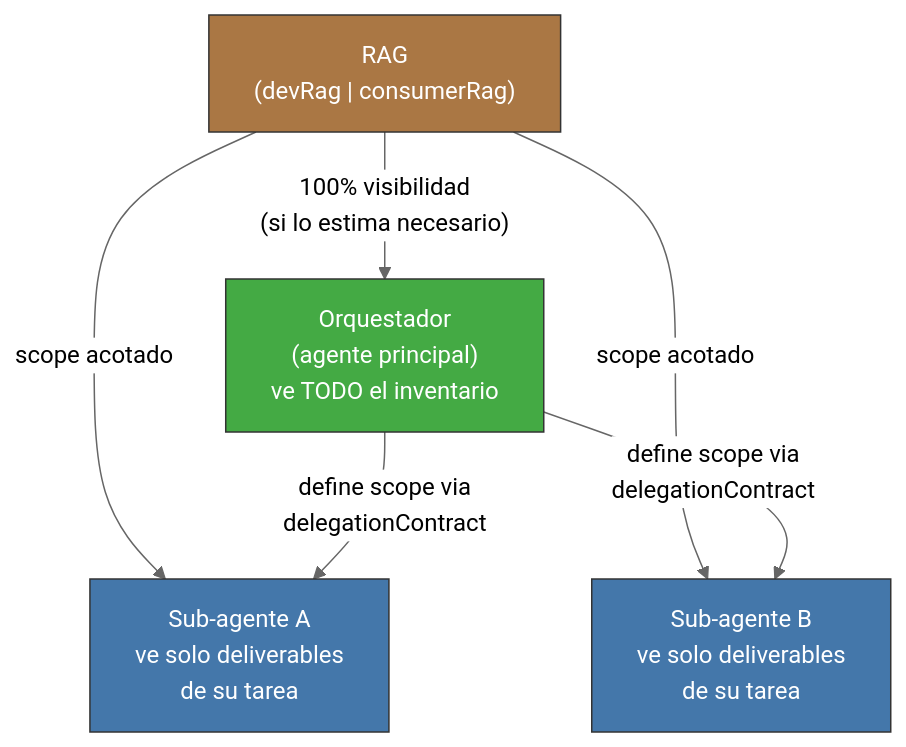
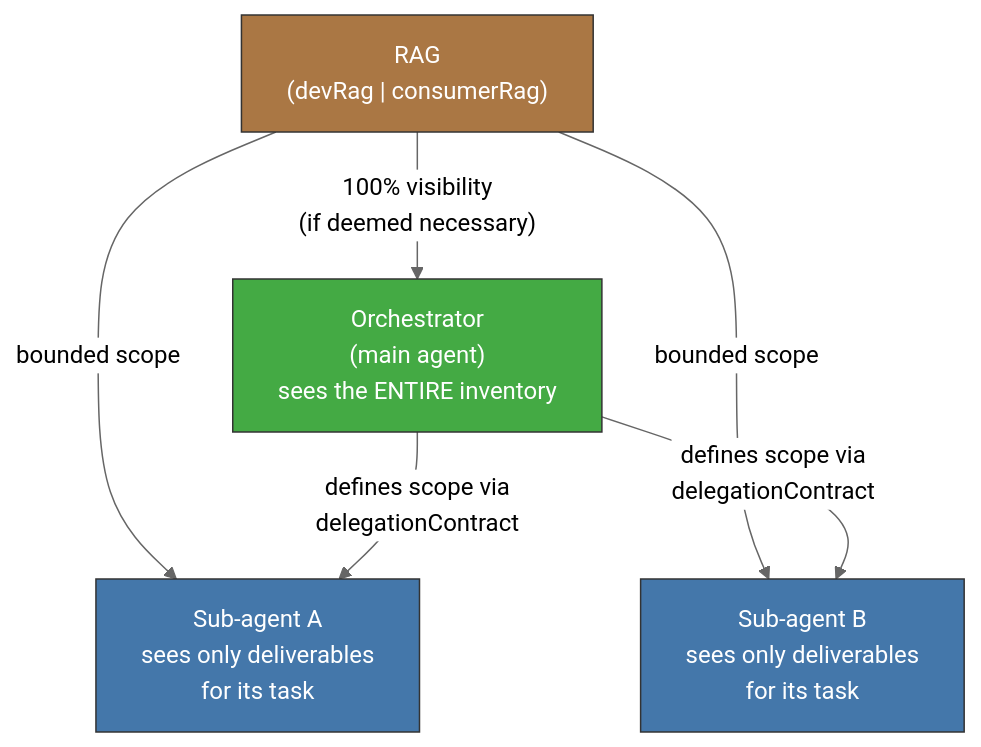
One commit to virgenherrera/virgil changed the first of 2 diagrams in principia/sections/25-visibility-memoization.md. Above: the diagram before and after it, drawn with Mermaid (neutral theme). The commit also changed other lines of this file and 42 other files, not shown here.

````diff
--- a/principia/sections/25-visibility-memoization.md
+++ b/principia/sections/25-visibility-memoization.md
@@ -32,16 +32,16 @@
 ```mermaid
 flowchart TD
     RAG["RAG\n(devRag | consumerRag)"]
 
-    RAG -->|"100% visibilidad\n(si lo estima necesario)"| ORCH["Orquestador\n(agente principal)\nve TODO el inventario"]
+    RAG -->|"100% visibility\n(if deemed necessary)"| ORCH["Orchestrator\n(main agent)\nsees the ENTIRE inventory"]
 
-    RAG -->|"scope acotado"| SUB1["Sub-agente A\nve solo deliverables\nde su tarea"]
-    RAG -->|"scope acotado"| SUB2["Sub-agente B\nve solo deliverables\nde su tarea"]
+    RAG -->|"bounded scope"| SUB1["Sub-agent A\nsees only deliverables\nfor its task"]
+    RAG -->|"bounded scope"| SUB2["Sub-agent B\nsees only deliverables\nfor its task"]
 
-    ORCH -->|"define scope via\ndelegationContract"| SUB1 & SUB2
+    ORCH -->|"defines scope via\ndelegationContract"| SUB1 & SUB2
 
     style ORCH fill:#4a4,stroke:#333,color:#fff
     style SUB1 fill:#47a,stroke:#333,color:#fff
     style SUB2 fill:#47a,stroke:#333,color:#fff
     style RAG fill:#a74,stroke:#333,color:#fff
 ```
````
